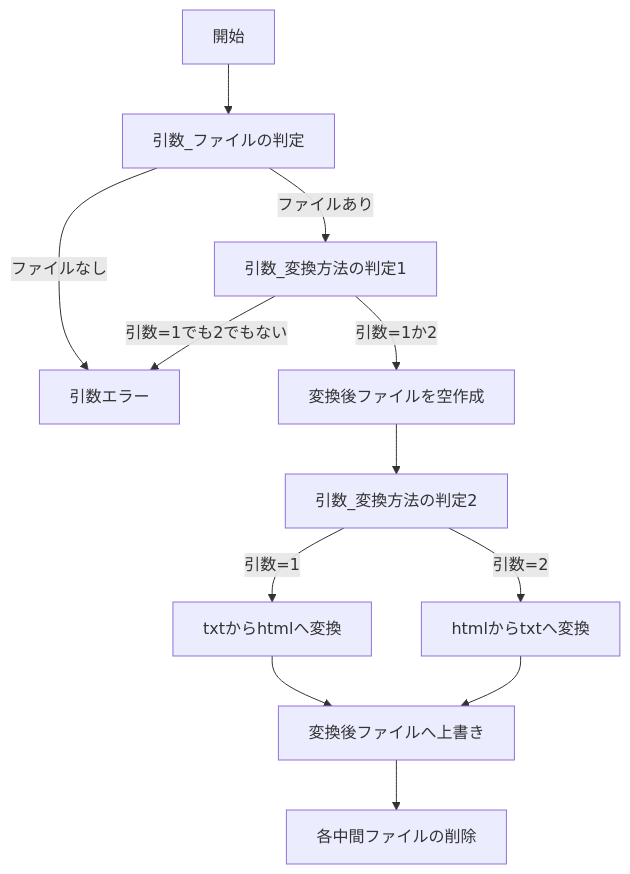
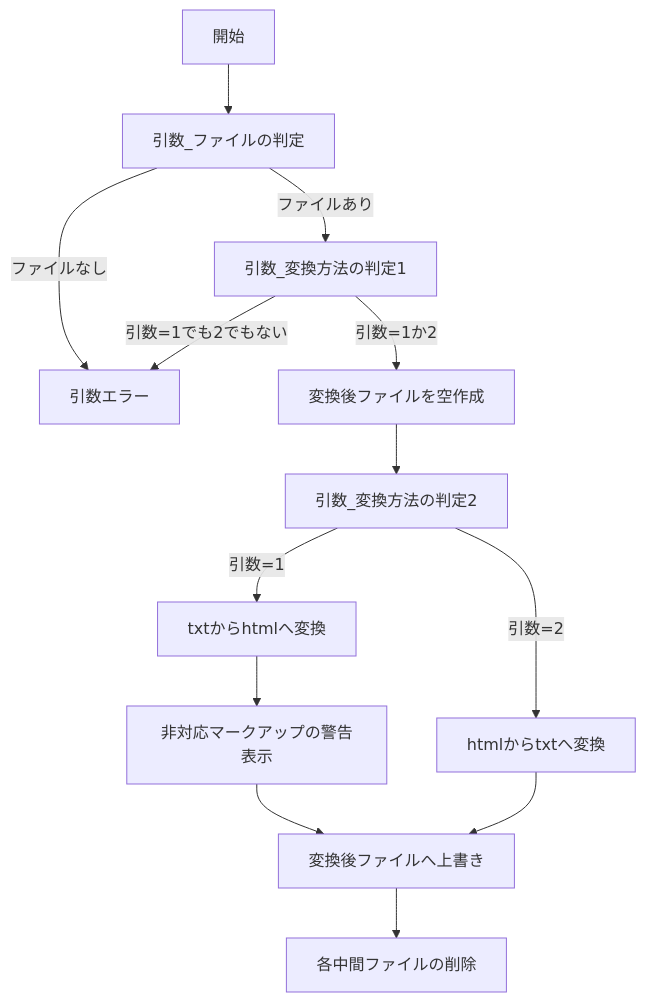
Before and after one commit to y-mikou/littlebug: the diagram in README.md, drawn with Mermaid.

````diff
--- a/README.md
+++ b/README.md
@@ -81,15 +81,16 @@
 ``` mermaid 
 flowchart TD
 
 開始 --> 引数_ファイルの判定
 引数_ファイルの判定 --ファイルあり--> 引数_変換方法の判定1 
 引数_ファイルの判定 --ファイルなし--> 引数エラー
 引数_変換方法の判定1 --引数=1か2--> 変換後ファイルを空作成
 引数_変換方法の判定1 --引数=1でも2でもない--> 引数エラー
 変換後ファイルを空作成 --> 引数_変換方法の判定2
 引数_変換方法の判定2 --引数=1--> txtからhtmlへ変換
 引数_変換方法の判定2 --引数=2--> htmlからtxtへ変換
-txtからhtmlへ変換 --> 変換後ファイルへ上書き
+txtからhtmlへ変換 --> 非対応マークアップの警告表示
+非対応マークアップの警告表示 --> 変換後ファイルへ上書き
 htmlからtxtへ変換 --> 変換後ファイルへ上書き
 変換後ファイルへ上書き --> 各中間ファイルの削除
 ```
````
